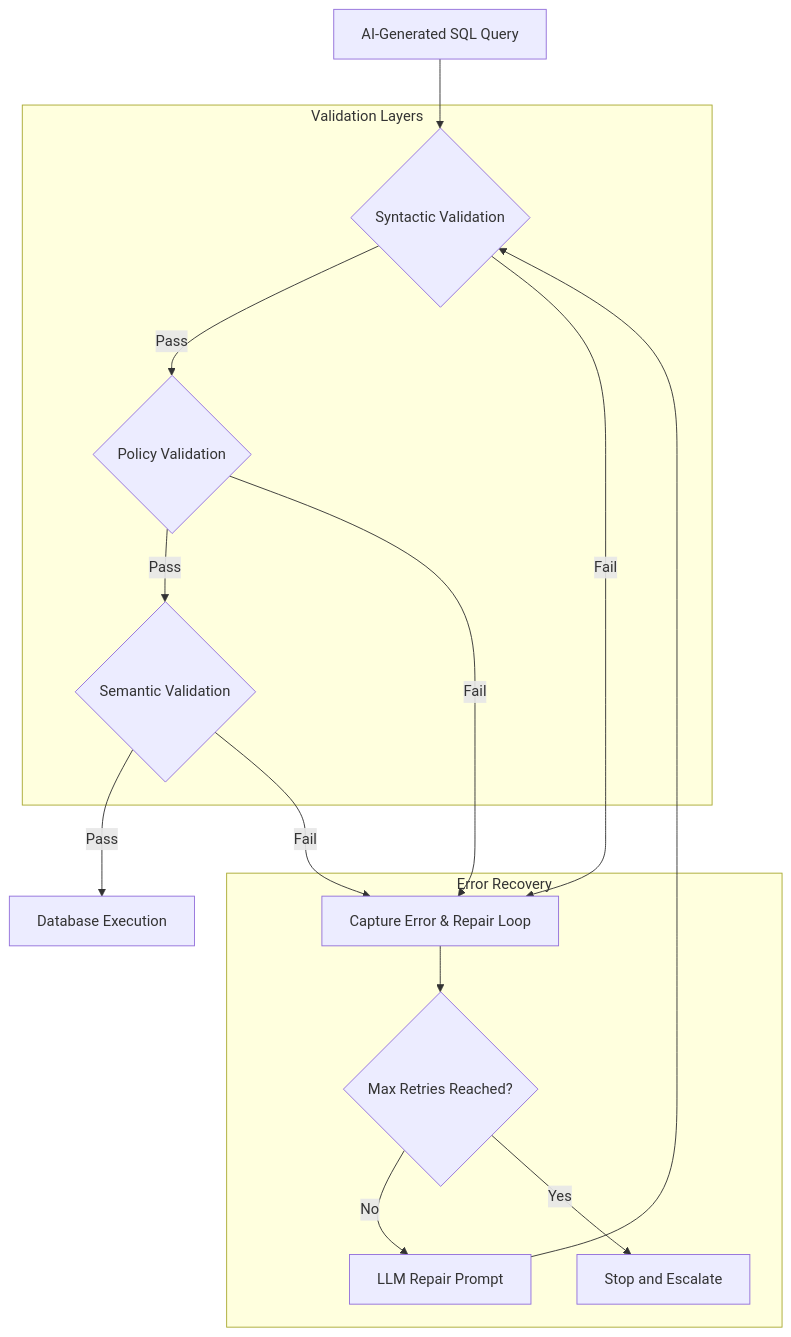
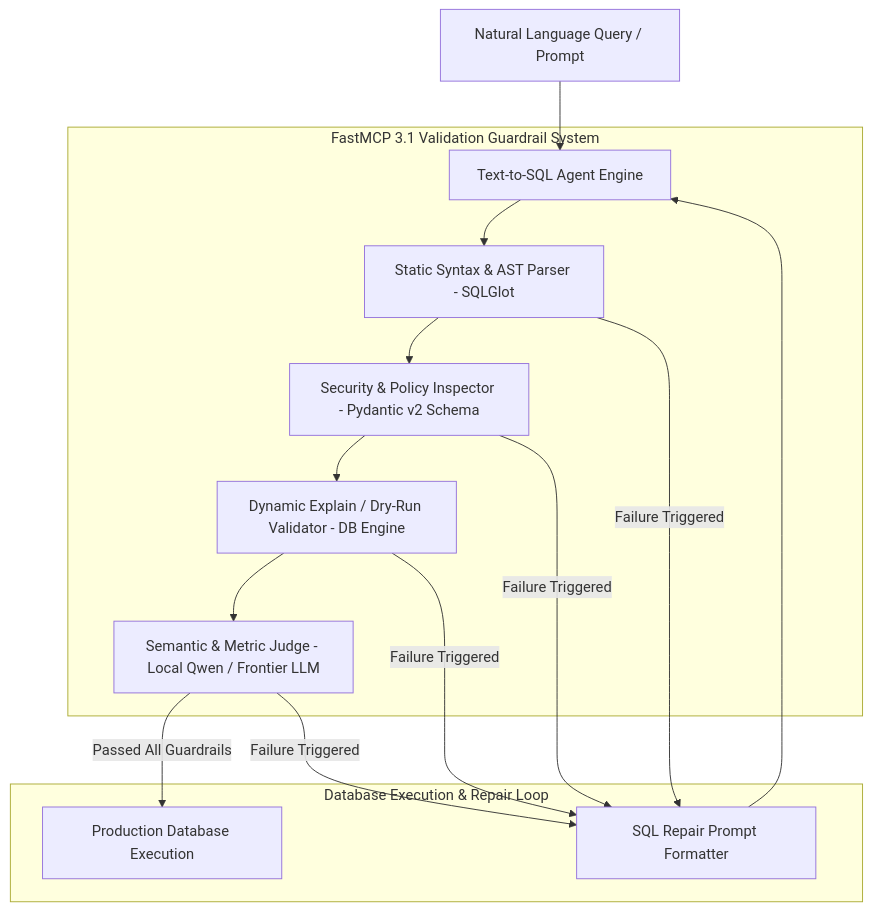
Before and after one commit to joanmarcriera/Home-office-automations: the first of 2 diagrams in docs/playbooks/data-copilot-sql-validation.md, drawn with Mermaid. The commit also changed other lines of this file and 5 other files, not shown here.

````diff
--- a/docs/playbooks/data-copilot-sql-validation.md
+++ b/docs/playbooks/data-copilot-sql-validation.md
@@ -188,30 +9,17 @@
 ```mermaid
-flowchart TD
-    A[AI-Generated SQL Query] --> B{Syntactic Validation}
-    B -- Pass --> C{Policy Validation}
-    B -- Fail --> R[Capture Error & Repair Loop]
+graph TD
+    A[Natural Language Query / Prompt] --> B[Text-to-SQL Agent Engine]
 
-    C -- Pass --> D{Semantic Validation}
-    C -- Fail --> R
-
-    D -- Pass --> E[Database Execution]
-    D -- Fail --> R
-
-    R --> F{Max Retries Reached?}
-    F -- No --> G[LLM Repair Prompt]
-    G --> B
-    F -- Yes --> H[Stop and Escalate]
-
-    subgraph "Validation Layers"
-    B
-    C
-    D
+    subgraph FastMCP 3.1 Validation Guardrail System
+        B --> C[Static Syntax & AST Parser - SQLGlot]
+        C --> D[Security & Policy Inspector - Pydantic v2 Schema]
+        D --> E[Dynamic Explain / Dry-Run Validator - DB Engine]
+        E --> F[Semantic & Metric Judge - Local Qwen / Frontier LLM]
     end
 
-    subgraph "Error Recovery"
-    R
-    F
-    G
-    H
+    subgraph Database Execution & Repair Loop
+        F -- Passed All Guardrails --> G[Production Database Execution]
+        C & D & E & F -- Failure Triggered --> H[SQL Repair Prompt Formatter]
+        H --> B
     end
 ```
````
